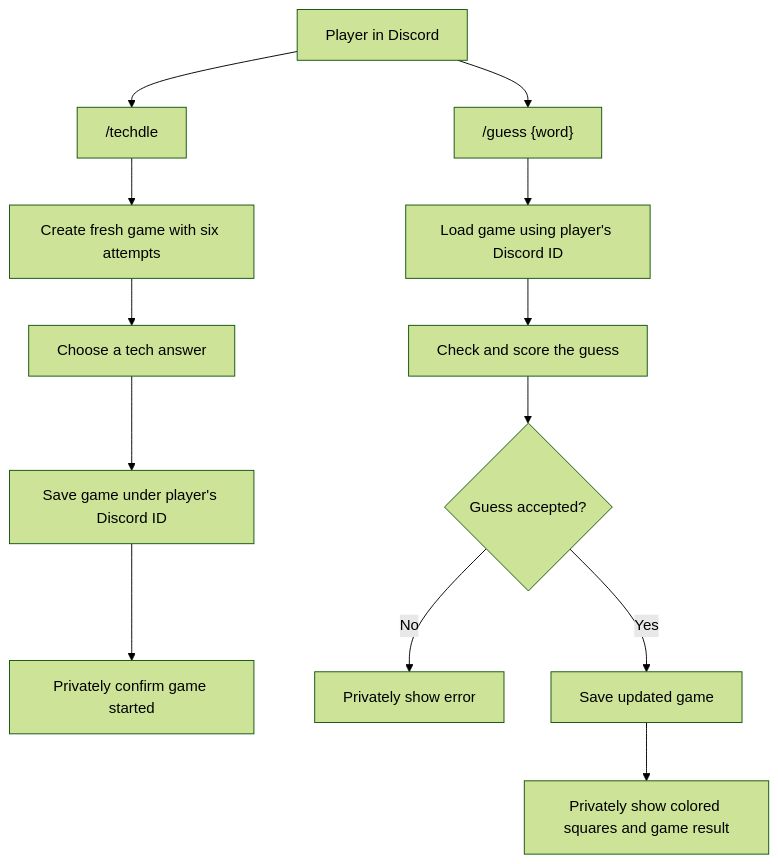
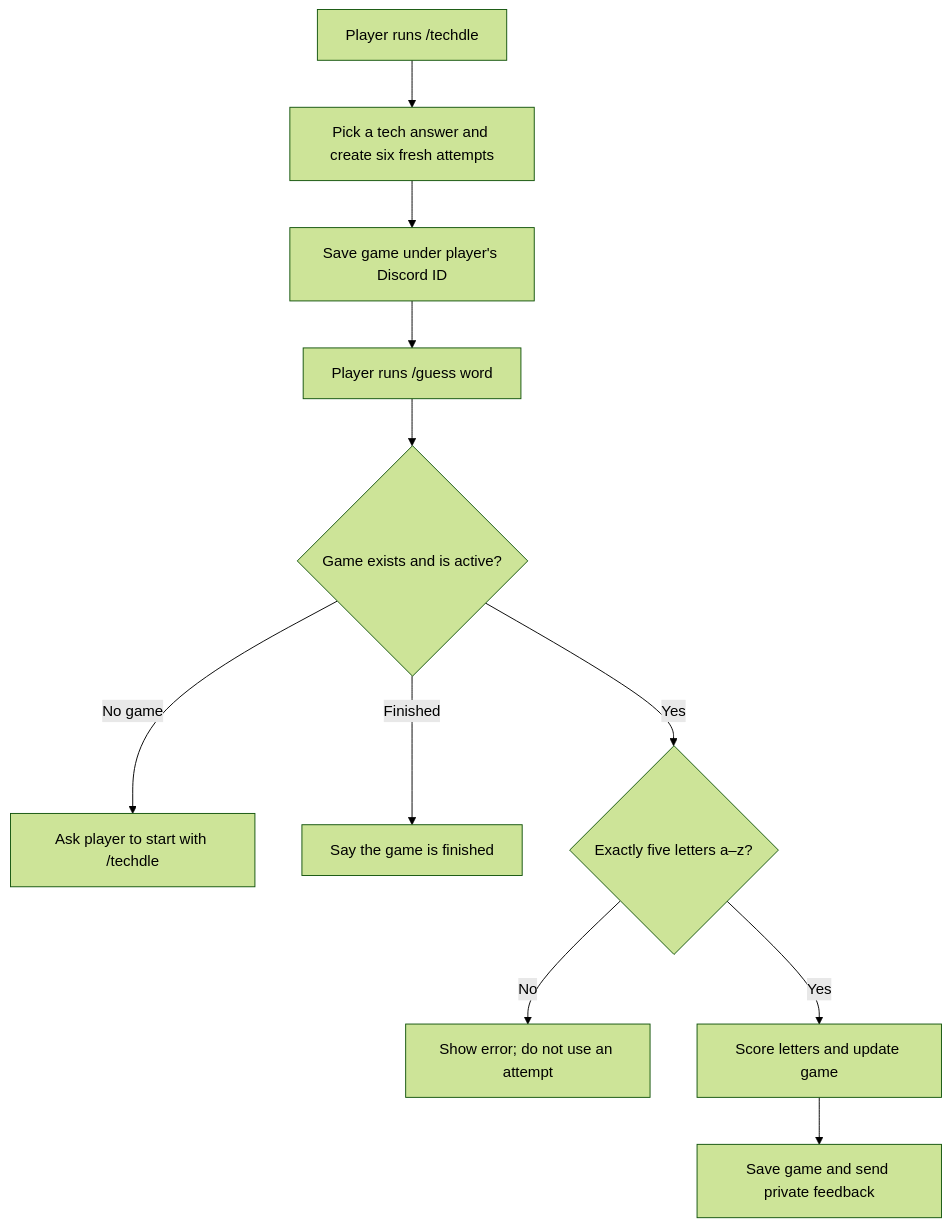
Before and after one commit to AbhiTarigoppula/TechdleBot: the second of 2 diagrams in ARCHITECTURE.md, drawn with Mermaid (forest theme). The commit also changed other lines of this file, not shown here.

First line of the commit message:
Revise Techdle architecture documentation

````diff
--- a/ARCHITECTURE.md
+++ b/ARCHITECTURE.md
@@ -7,16 +34,13 @@
 ```mermaid
 flowchart TD
-    Player[Player in Discord] --> StartCommand["/techdle"]
-    StartCommand --> StartGame[Create fresh game with six attempts]
-    StartGame --> TechAnswer[Choose a tech answer]
-    TechAnswer --> SaveNew[Save game under player's Discord ID]
-    SaveNew --> StartReply[Privately confirm game started]
-
-    Player --> GuessCommand["/guess {word}"]
-    GuessCommand --> LoadGame[Load game using player's Discord ID]
-    LoadGame --> Submit[Check and score the guess]
-    Submit --> Accepted{Guess accepted?}
-    Accepted -->|No| Error[Privately show error]
-    Accepted -->|Yes| SaveGuess[Save updated game]
-    SaveGuess --> Feedback[Privately show colored squares and game result]
+    A[Player runs /techdle] --> B[Pick a tech answer and create six fresh attempts]
+    B --> C[Save game under player's Discord ID]
+    C --> D[Player runs /guess word]
+    D --> E{Game exists and is active?}
+    E -->|No game| F[Ask player to start with /techdle]
+    E -->|Finished| G[Say the game is finished]
+    E -->|Yes| H{Exactly five letters a–z?}
+    H -->|No| I[Show error; do not use an attempt]
+    H -->|Yes| J[Score letters and update game]
+    J --> K[Save game and send private feedback]
 ```
````
